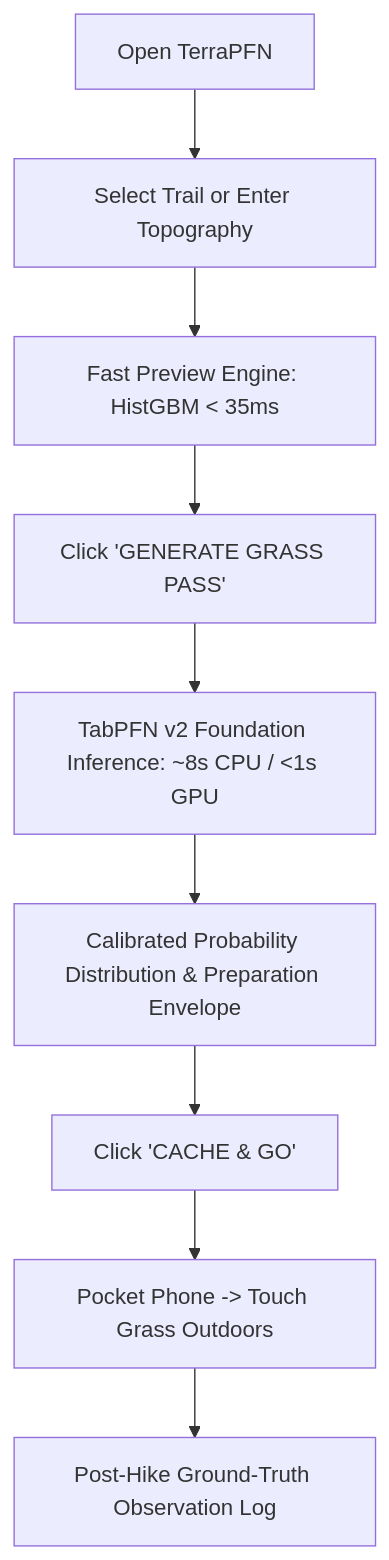
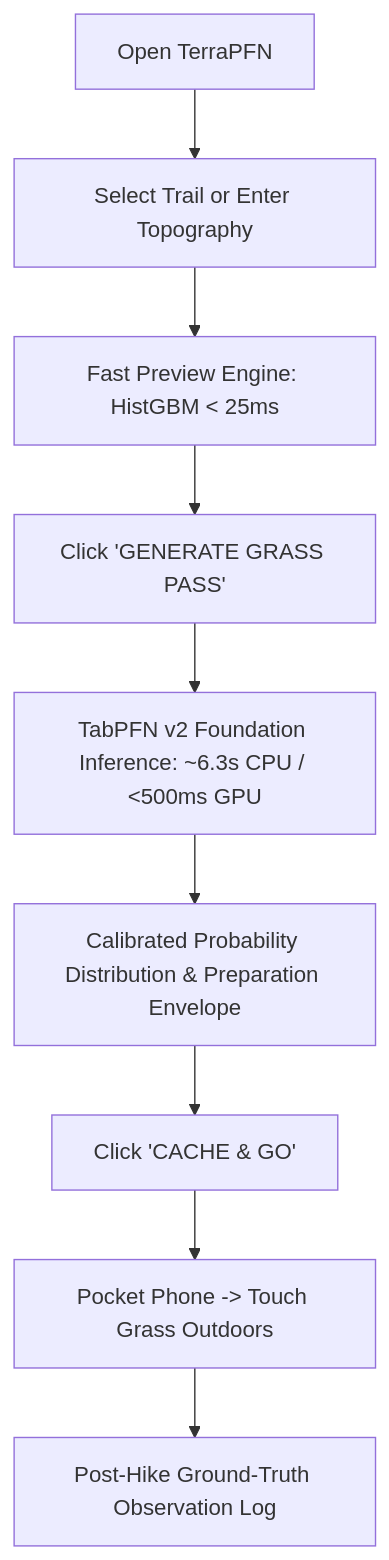
The diagram in README.md (Aryanxp1/terrapfn), drawn with Mermaid before and after one commit. The commit also changed other lines of this file and 4 other files, not shown here.

````diff
--- a/README.md
+++ b/README.md
@@ -35,11 +35,11 @@
 ```mermaid
 flowchart TD
     A[Open TerraPFN] --> B[Select Trail or Enter Topography]
-    B --> C[Fast Preview Engine: HistGBM < 35ms]
+    B --> C[Fast Preview Engine: HistGBM < 25ms]
     C --> D[Click 'GENERATE GRASS PASS']
-    D --> E[TabPFN v2 Foundation Inference: ~8s CPU / <1s GPU]
+    D --> E[TabPFN v2 Foundation Inference: ~6.3s CPU / <500ms GPU]
     E --> F[Calibrated Probability Distribution & Preparation Envelope]
     F --> G[Click 'CACHE & GO']
     G --> H[Pocket Phone -> Touch Grass Outdoors]
     H --> I[Post-Hike Ground-Truth Observation Log]
 ```
````
